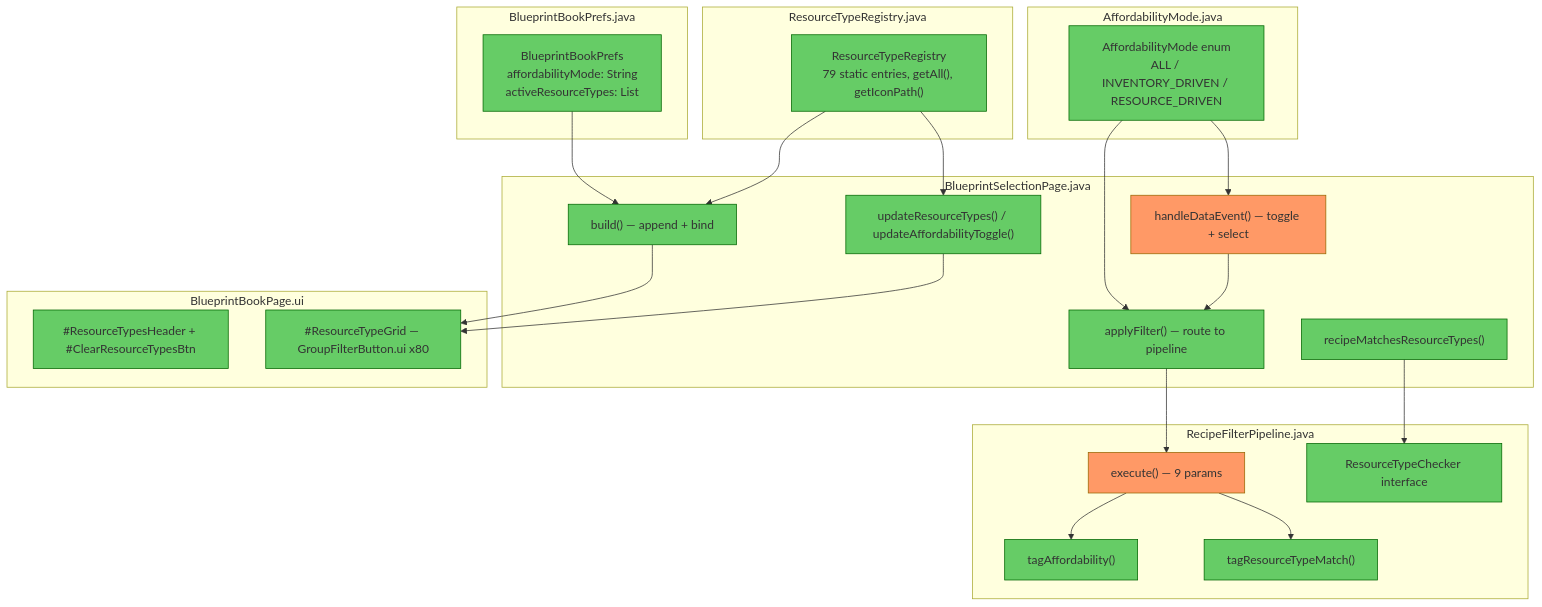
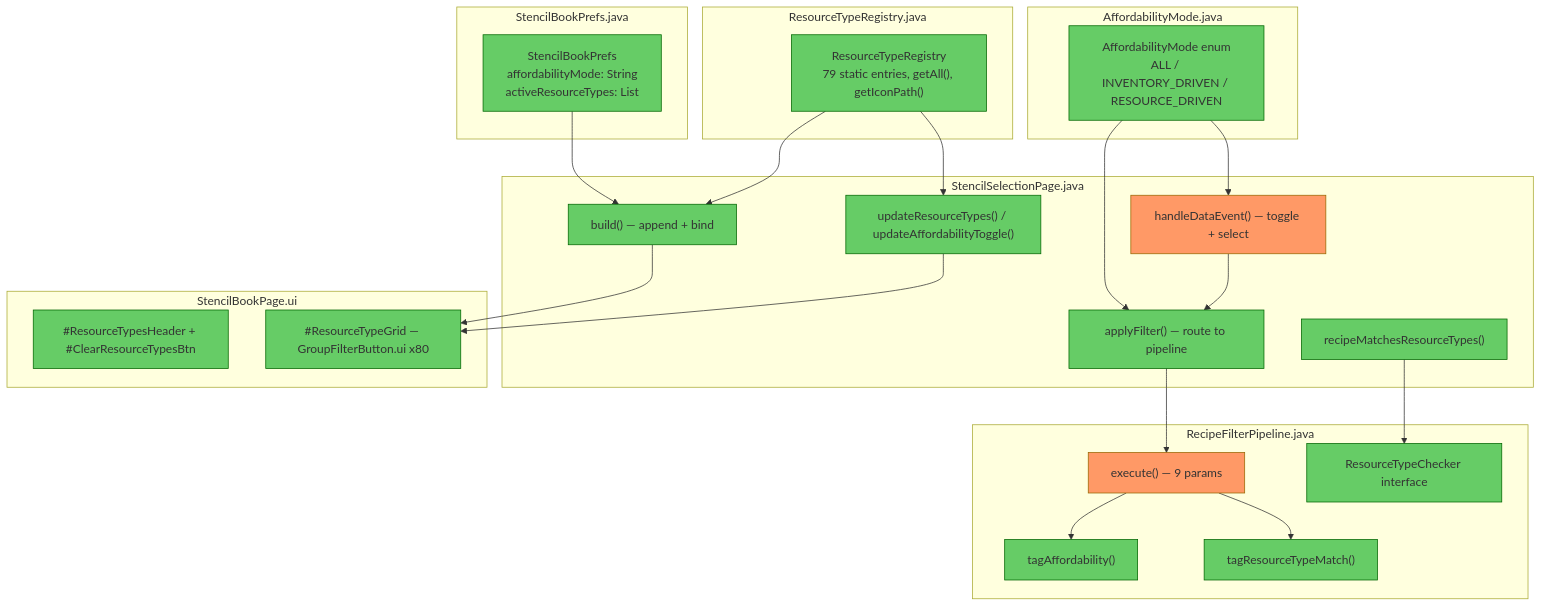
One commit to TheCodeCreature/Hytale-Example-Plugin changed the diagram in docs/review-resource-type-filter.md. Above: the diagram before and after it, drawn with Mermaid. The commit also changed other lines of this file and 289 other files, not shown here.

````diff
--- a/docs/review-resource-type-filter.md
+++ b/docs/review-resource-type-filter.md
@@ -15,62 +15,62 @@
 ```mermaid
 graph TB
     subgraph "AffordabilityMode.java"
         AM["AffordabilityMode enum<br/>ALL / INVENTORY_DRIVEN / RESOURCE_DRIVEN"]
     end
 
     subgraph "ResourceTypeRegistry.java"
         RTR["ResourceTypeRegistry<br/>79 static entries, getAll(), getIconPath()"]
     end
 
-    subgraph "BlueprintBookPrefs.java"
-        BBP["BlueprintBookPrefs<br/>affordabilityMode: String<br/>activeResourceTypes: List"]
+    subgraph "StencilBookPrefs.java"
+        BBP["StencilBookPrefs<br/>affordabilityMode: String<br/>activeResourceTypes: List"]
     end
 
-    subgraph "BlueprintSelectionPage.java"
+    subgraph "StencilSelectionPage.java"
         BSP_BUILD["build() — append + bind"]
         BSP_EVENT["handleDataEvent() — toggle + select"]
         BSP_UPDATE["updateResourceTypes() / updateAffordabilityToggle()"]
         BSP_FILTER["applyFilter() — route to pipeline"]
         BSP_MATCH["recipeMatchesResourceTypes()"]
     end
 
     subgraph "RecipeFilterPipeline.java"
         RFP_EXEC["execute() — 9 params"]
         RFP_TAG_AFF["tagAffordability()"]
         RFP_TAG_RT["tagResourceTypeMatch()"]
         RFP_CHECKER["ResourceTypeChecker interface"]
     end
 
-    subgraph "BlueprintBookPage.ui"
+    subgraph "StencilBookPage.ui"
         UI_HEADER["#ResourceTypesHeader + #ClearResourceTypesBtn"]
         UI_GRID["#ResourceTypeGrid — GroupFilterButton.ui x80"]
     end
 
     AM --> BSP_FILTER
     AM --> BSP_EVENT
     RTR --> BSP_BUILD
     RTR --> BSP_UPDATE
     BBP --> BSP_BUILD
     BSP_BUILD --> UI_GRID
     BSP_EVENT --> BSP_FILTER
     BSP_FILTER --> RFP_EXEC
     BSP_MATCH --> RFP_CHECKER
     RFP_EXEC --> RFP_TAG_AFF
     RFP_EXEC --> RFP_TAG_RT
     BSP_UPDATE --> UI_GRID
 
     style AM fill:#6c6,stroke:#060
     style RTR fill:#6c6,stroke:#060
     style BBP fill:#6c6,stroke:#060
     style RFP_TAG_RT fill:#6c6,stroke:#060
     style RFP_CHECKER fill:#6c6,stroke:#060
     style BSP_MATCH fill:#6c6,stroke:#060
     style BSP_UPDATE fill:#6c6,stroke:#060
     style BSP_BUILD fill:#6c6,stroke:#060
     style BSP_FILTER fill:#6c6,stroke:#060
     style RFP_EXEC fill:#f96,stroke:#960
     style RFP_TAG_AFF fill:#6c6,stroke:#060
     style UI_HEADER fill:#6c6,stroke:#060
     style UI_GRID fill:#6c6,stroke:#060
     style BSP_EVENT fill:#f96,stroke:#960
 ```
````
